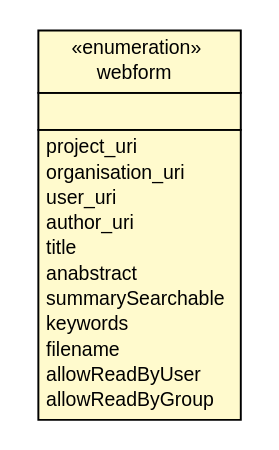
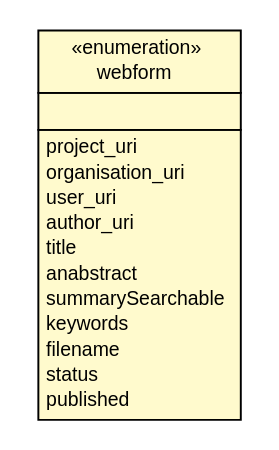
Before and after one commit to ToxBank/toxbank-api-client: the diagram in apidocs/net/toxbank/client/resource/ProtocolClient.webform.dot, drawn with Graphviz. The commit also changed 329 other files, not shown here.

```diff
--- a/apidocs/net/toxbank/client/resource/ProtocolClient.webform.dot
+++ b/apidocs/net/toxbank/client/resource/ProtocolClient.webform.dot
@@ -1,33 +1,33 @@
 #!/usr/local/bin/dot
 #
 # Class diagram 
 # Generated by UmlGraph version 4.6 (http://www.spinellis.gr/sw/umlgraph)
 #
 
 digraph G {
 	edge [fontname="arial",fontsize=10,labelfontname="arial",labelfontsize=10];
 	node [fontname="arial",fontsize=10,shape=plaintext];
 	// net.toxbank.client.resource.ProtocolClient.webform
-	c272 [label=<<table border="0" cellborder="1" cellspacing="0" cellpadding="2" port="p" bgcolor="lemonChiffon" href="./ProtocolClient.webform.html">
+	c308 [label=<<table border="0" cellborder="1" cellspacing="0" cellpadding="2" port="p" bgcolor="lemonChiffon" href="./ProtocolClient.webform.html">
 		<tr><td><table border="0" cellspacing="0" cellpadding="1">
 			<tr><td> &laquo;enumeration&raquo; </td></tr>
 			<tr><td> webform </td></tr>
 		</table></td></tr>
 		<tr><td><table border="0" cellspacing="0" cellpadding="1">
 			<tr><td align="left">  </td></tr>
 		</table></td></tr>
 		<tr><td><table border="0" cellspacing="0" cellpadding="1">
 			<tr><td align="left"> project_uri </td></tr>
 			<tr><td align="left"> organisation_uri </td></tr>
 			<tr><td align="left"> user_uri </td></tr>
 			<tr><td align="left"> author_uri </td></tr>
 			<tr><td align="left"> title </td></tr>
 			<tr><td align="left"> anabstract </td></tr>
 			<tr><td align="left"> summarySearchable </td></tr>
 			<tr><td align="left"> keywords </td></tr>
 			<tr><td align="left"> filename </td></tr>
-			<tr><td align="left"> allowReadByUser </td></tr>
-			<tr><td align="left"> allowReadByGroup </td></tr>
+			<tr><td align="left"> status </td></tr>
+			<tr><td align="left"> published </td></tr>
 		</table></td></tr>
 		</table>>, fontname="arial", fontcolor="black", fontsize=10.0];
 }
```
